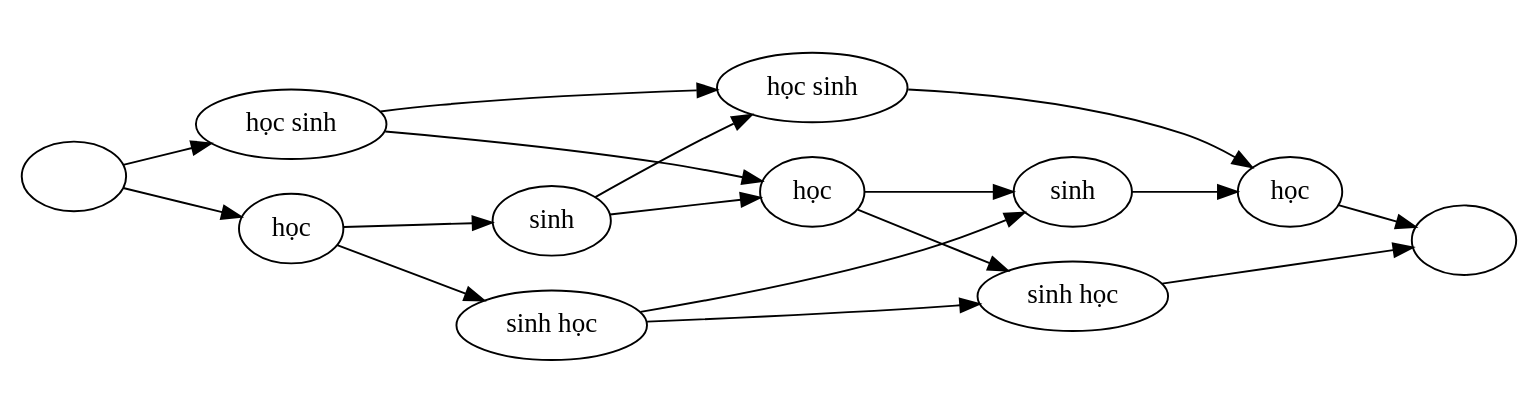
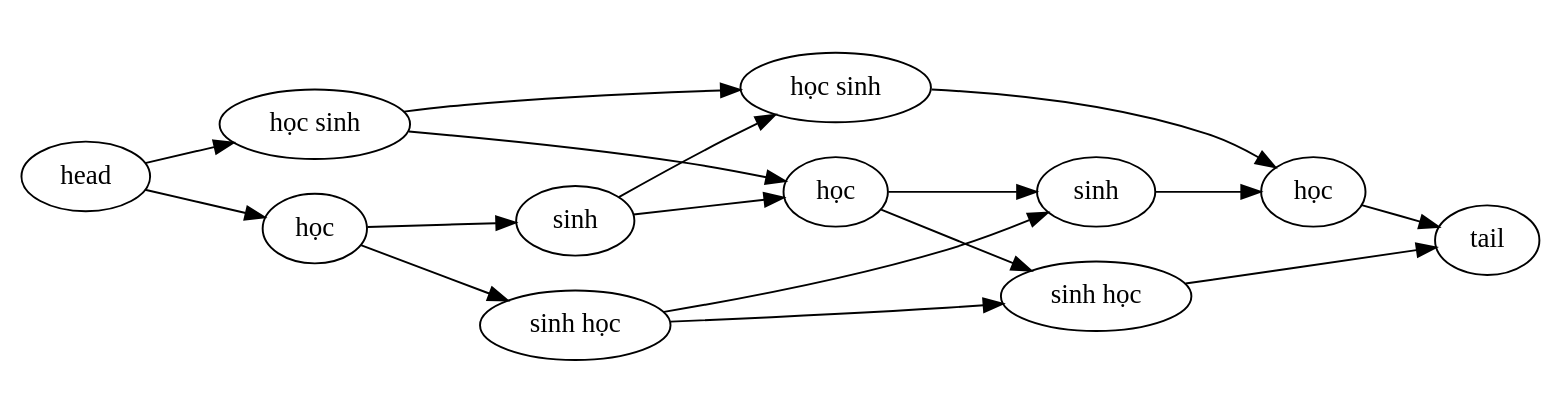
One commit to phamvietninh/vspell changed the diagram in thesis/wordlattice.dot. Above: the diagram before and after it, drawn with Graphviz. The commit also changed 4 other files, not shown here.

```diff
--- a/thesis/wordlattice.dot
+++ b/thesis/wordlattice.dot
@@ -1,37 +1,37 @@
 digraph wordlattice {
 	rankdir=LR
 	fontname=arial;
-	head [label=""];
-	tail [label=""];
+	head [label="head"];
+	tail [label="tail"];
 	style=invis;
 	subgraph cluster_l1 {
 		hoc1 [label="học"];
 		hocsinh1 [label="học sinh"];
 	}
 	subgraph cluster_l2 {
 		sinh2 [label="sinh"];
 		sinhhoc2 [label="sinh học"];
 	}
 	subgraph cluster_l3 {
 		hoc3 [label="học"];
 		hocsinh3 [label="học sinh"];
 	}
 	subgraph cluster_l4 {
 		sinh4 [label="sinh"];
 		sinhhoc4 [label="sinh học"];
 	}
 	subgraph cluster_l5 {
 		hoc5 [label="học"];
 	}
 	head -> {hoc1 hocsinh1};
 	hoc1 -> {sinh2 sinhhoc2 };
 	hocsinh1 -> { hoc3 hocsinh3};
 	sinh2 -> { hoc3 hocsinh3};
 	sinhhoc2 -> {sinh4 sinhhoc4};
 	hoc3 -> {sinh4 sinhhoc4};
 	hocsinh3 -> hoc5;
 	sinh4 -> hoc5;
 	sinhhoc4 -> tail;
 	hoc5 -> tail;
 	
 }
```
